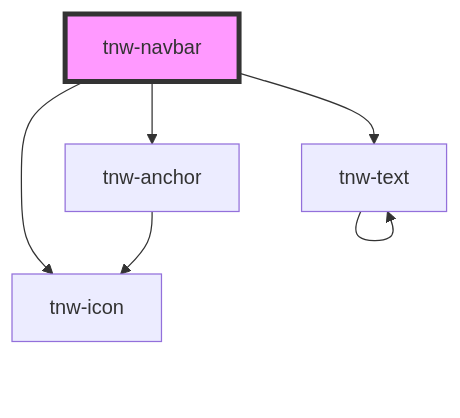
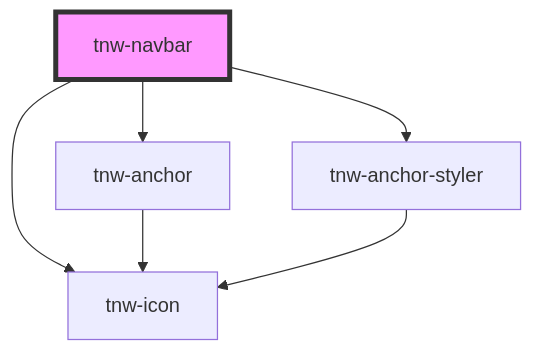
Before and after one commit to technway/technway-component-library: the diagram in packages/stencil-library/src/components/tnw-navbar/readme.md, drawn with Mermaid. The commit also changed other lines of this file and 15 other files, not shown here.

Commit message:
feat(tnw-navbar): improve styling

````diff
--- a/packages/stencil-library/src/components/tnw-navbar/readme.md
+++ b/packages/stencil-library/src/components/tnw-navbar/readme.md
@@ -105,9 +105,9 @@
 ```mermaid
 graph TD;
   tnw-navbar --> tnw-icon
-  tnw-navbar --> tnw-text
   tnw-navbar --> tnw-anchor
-  tnw-text --> tnw-text
+  tnw-navbar --> tnw-anchor-styler
   tnw-anchor --> tnw-icon
+  tnw-anchor-styler --> tnw-icon
   style tnw-navbar fill:#f9f,stroke:#333,stroke-width:4px
 ```
````
